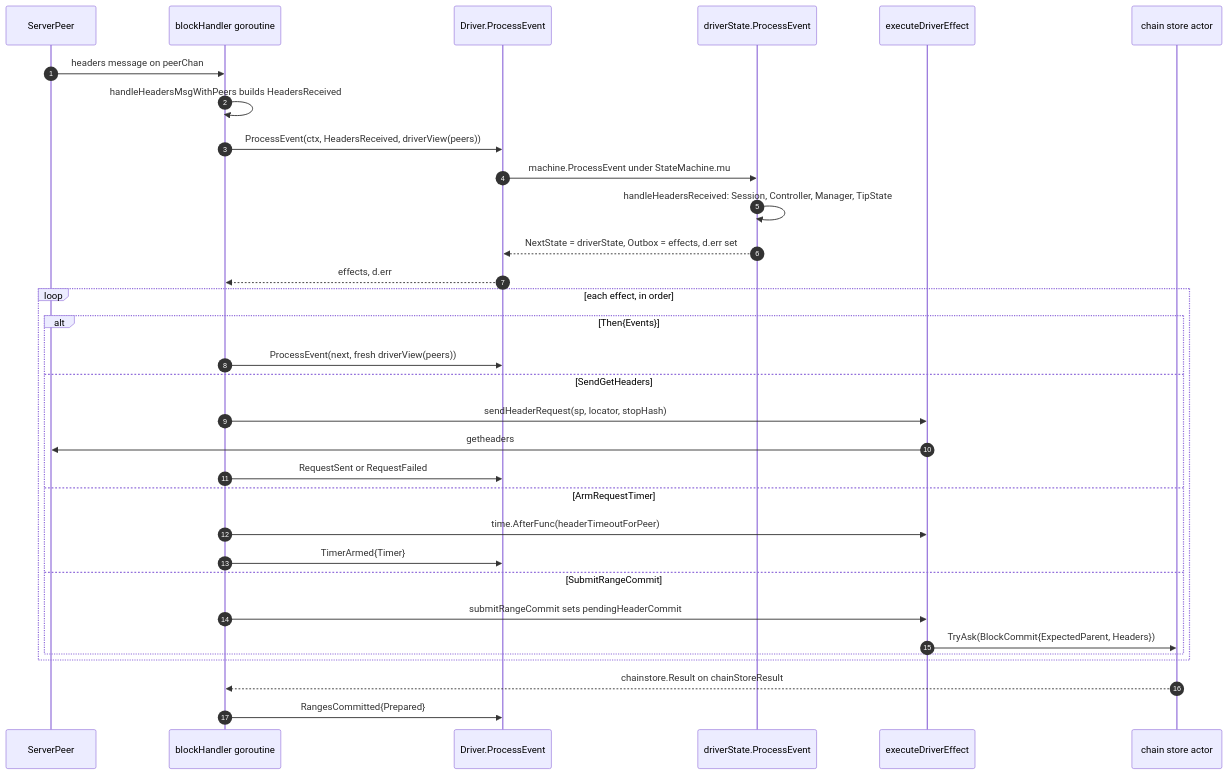
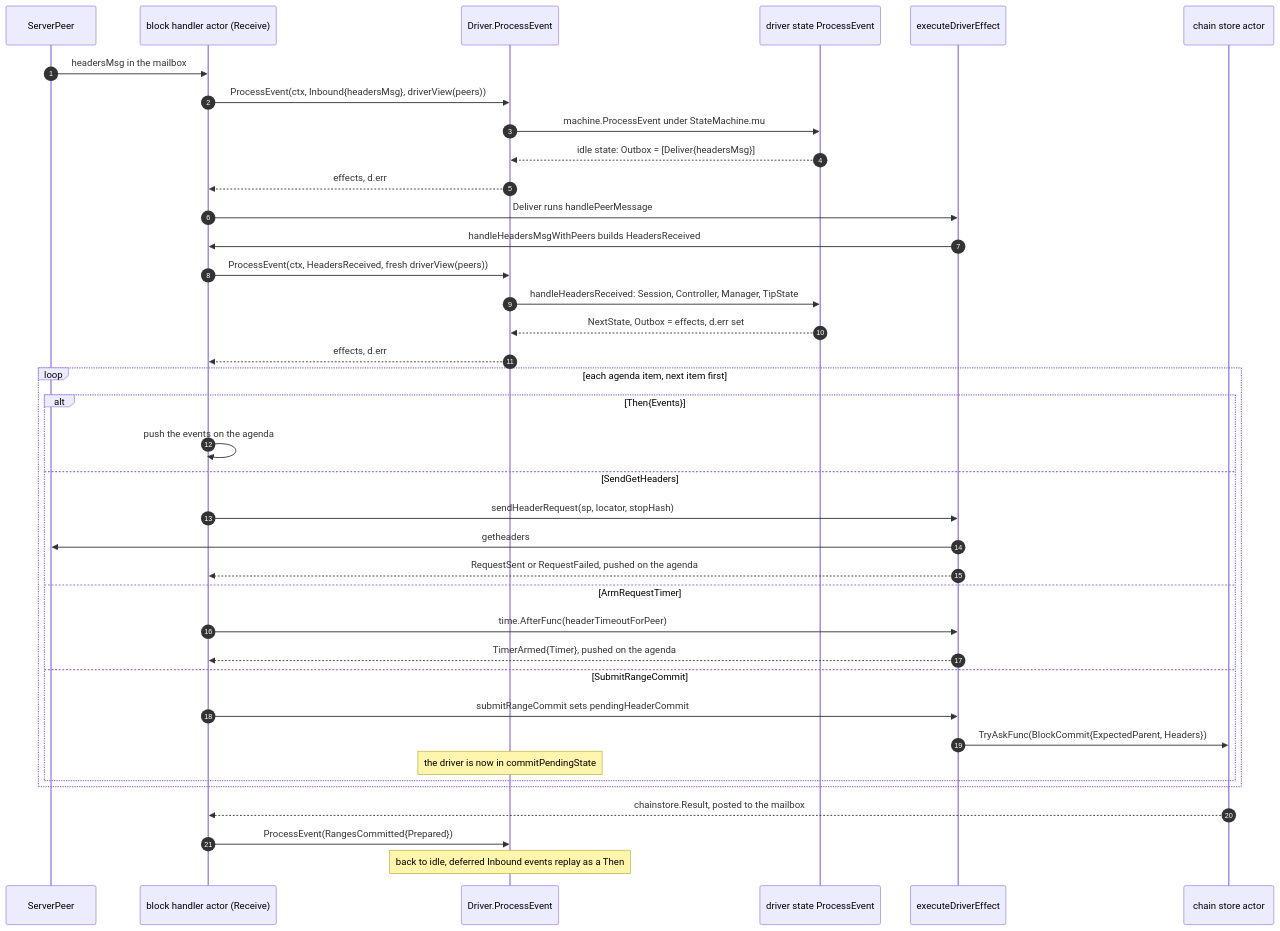
The second of 10 diagrams in docs/headersync-architecture.md (lightninglabs/neutrino), drawn with Mermaid before and after one commit. The commit also changed other lines of this file and 16 other files, not shown here.

````diff
--- a/docs/headersync-architecture.md
+++ b/docs/headersync-architecture.md
@@ -113,35 +129,41 @@
 ```mermaid
 sequenceDiagram
     autonumber
     participant P as ServerPeer
-    participant BH as blockHandler goroutine
+    participant BH as block handler actor (Receive)
     participant D as Driver.ProcessEvent
-    participant S as driverState.ProcessEvent
+    participant S as driver state ProcessEvent
     participant EX as executeDriverEffect
     participant CS as chain store actor
 
-    P->>BH: headers message on peerChan
-    BH->>BH: handleHeadersMsgWithPeers builds HeadersReceived
-    BH->>D: ProcessEvent(ctx, HeadersReceived, driverView(peers))
+    P->>BH: headersMsg in the mailbox
+    BH->>D: ProcessEvent(ctx, Inbound{headersMsg}, driverView(peers))
     D->>S: machine.ProcessEvent under StateMachine.mu
-    S->>S: handleHeadersReceived: Session, Controller, Manager, TipState
-    S-->>D: NextState = driverState, Outbox = effects, d.err set
+    S-->>D: idle state: Outbox = [Deliver{headersMsg}]
     D-->>BH: effects, d.err
-    loop each effect, in order
+    BH->>EX: Deliver runs handlePeerMessage
+    EX->>BH: handleHeadersMsgWithPeers builds HeadersReceived
+    BH->>D: ProcessEvent(ctx, HeadersReceived, fresh driverView(peers))
+    D->>S: handleHeadersReceived: Session, Controller, Manager, TipState
+    S-->>D: NextState, Outbox = effects, d.err set
+    D-->>BH: effects, d.err
+    loop each agenda item, next item first
         alt Then{Events}
-            BH->>D: ProcessEvent(next, fresh driverView(peers))
+            BH->>BH: push the events on the agenda
         else SendGetHeaders
             BH->>EX: sendHeaderRequest(sp, locator, stopHash)
             EX->>P: getheaders
-            BH->>D: RequestSent or RequestFailed
+            EX-->>BH: RequestSent or RequestFailed, pushed on the agenda
         else ArmRequestTimer
             BH->>EX: time.AfterFunc(headerTimeoutForPeer)
-            BH->>D: TimerArmed{Timer}
+            EX-->>BH: TimerArmed{Timer}, pushed on the agenda
         else SubmitRangeCommit
             BH->>EX: submitRangeCommit sets pendingHeaderCommit
-            EX->>CS: TryAsk(BlockCommit{ExpectedParent, Headers})
+            EX->>CS: TryAskFunc(BlockCommit{ExpectedParent, Headers})
+            Note over D: the driver is now in commitPendingState
         end
     end
-    CS-->>BH: chainstore.Result on chainStoreResult
-    BH->>D: RangesCommitted{Prepared}
+    CS-->>BH: chainstore.Result, posted to the mailbox
+    BH->>D: ProcessEvent(RangesCommitted{Prepared})
+    Note over D: back to idle, deferred Inbound events replay as a Then
 ```
````
